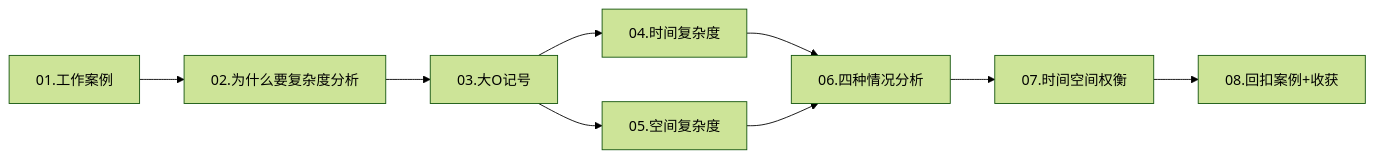
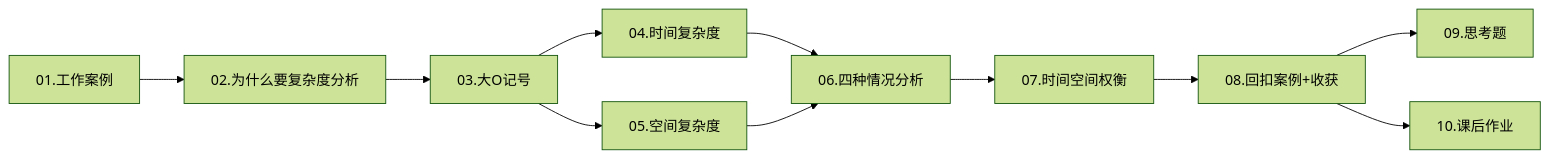
The first of 2 diagrams in 00.通用技术的提升/08.数据结构算法/01.数据结构算法指导.md (chongyang211/YCBookBlog), drawn with Mermaid (forest theme) before and after one commit. The commit also changed other lines of this file and 4 other files, not shown here.

````diff
--- a/00.通用技术的提升/08.数据结构算法/01.数据结构算法指导.md
+++ b/00.通用技术的提升/08.数据结构算法/01.数据结构算法指导.md
@@ -41,11 +93,13 @@
 ```mermaid
 flowchart LR
     A[01.工作案例] --> B[02.为什么要复杂度分析]
     B --> C[03.大O记号]
     C --> D[04.时间复杂度]
     C --> E[05.空间复杂度]
     D --> F[06.四种情况分析]
     E --> F
     F --> G[07.时间空间权衡]
     G --> H[08.回扣案例+收获]
+    H --> I[09.思考题]
+    H --> J[10.课后作业]
 ```
````
